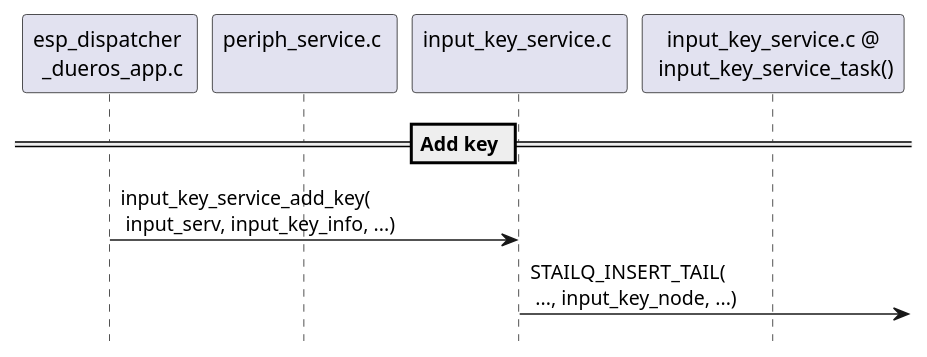
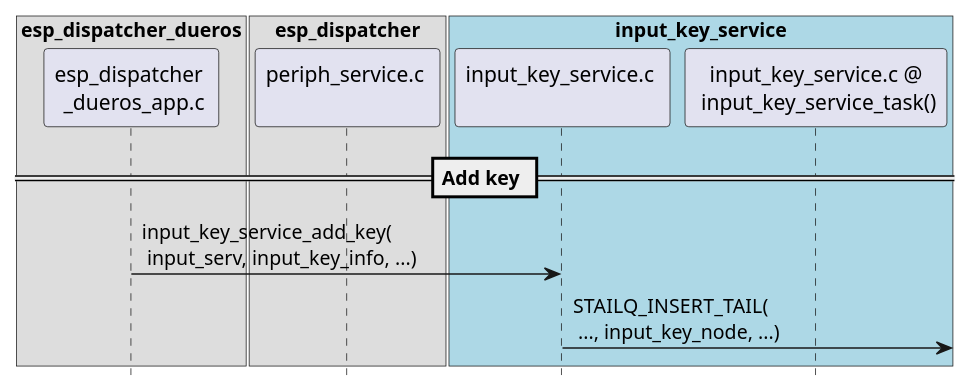
One commit to liangzhu2008/learn-esp-adf changed the third of 9 diagrams in docs/inside-dispatcher/input_key_service.rst. Above: the diagram before and after it, drawn with PlantUML. The commit also changed other lines of this file and 14 other files, not shown here.

Commit message:
用 plantweb 替换 plantuml.jar & graphviz

```diff
--- a/docs/inside-dispatcher/input_key_service.rst
+++ b/docs/inside-dispatcher/input_key_service.rst
@@ -97,12 +113,20 @@
 .. uml::
 
     hide footbox
 
-    participant "esp_dispatcher \n _dueros_app.c" as adf_app order 10
-    participant "periph_service.c \n" as periph_service order 20
-    participant "input_key_service.c \n" as spec_service order 50
-    participant "input_key_service.c @\n input_key_service_task()" as inner_task order 60
+    box "esp_dispatcher_dueros"
+    participant "esp_dispatcher \n _dueros_app.c" as example order 10
+    end box
+
+    box "esp_dispatcher" 
+    participant "periph_service.c \n"               as periph_service order 20
+    end box
+
+    box "input_key_service" #LightBlue
+    participant "input_key_service.c \n"                as input_service order 50
+    participant "input_key_service.c @\n input_key_service_task()" as input_task order 60
+    end box
 
     == Add key ==
-    adf_app        -> spec_service : input_key_service_add_key( \n input_serv, input_key_info, ...)
-    spec_service   ->]             : STAILQ_INSERT_TAIL( \n ..., input_key_node, ...)
+    example        -> input_service : input_key_service_add_key( \n input_serv, input_key_info, ...)
+    input_service   ->]             : STAILQ_INSERT_TAIL( \n ..., input_key_node, ...)
```
